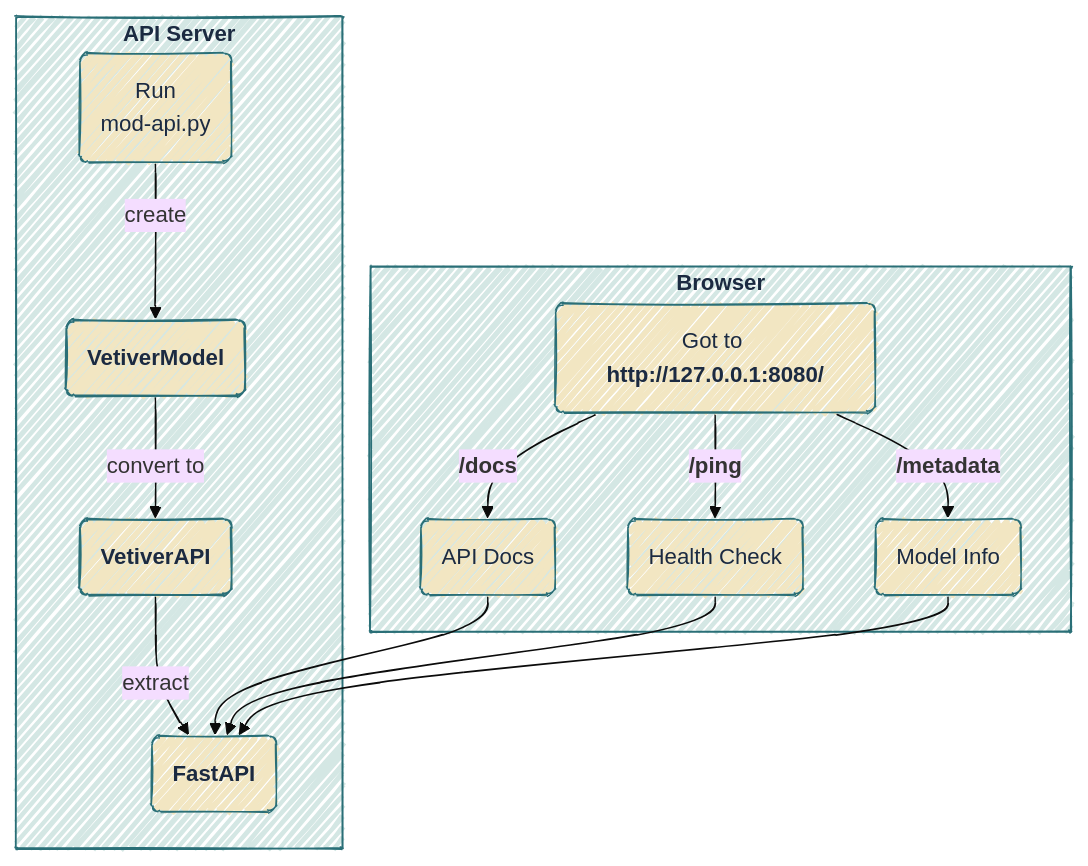
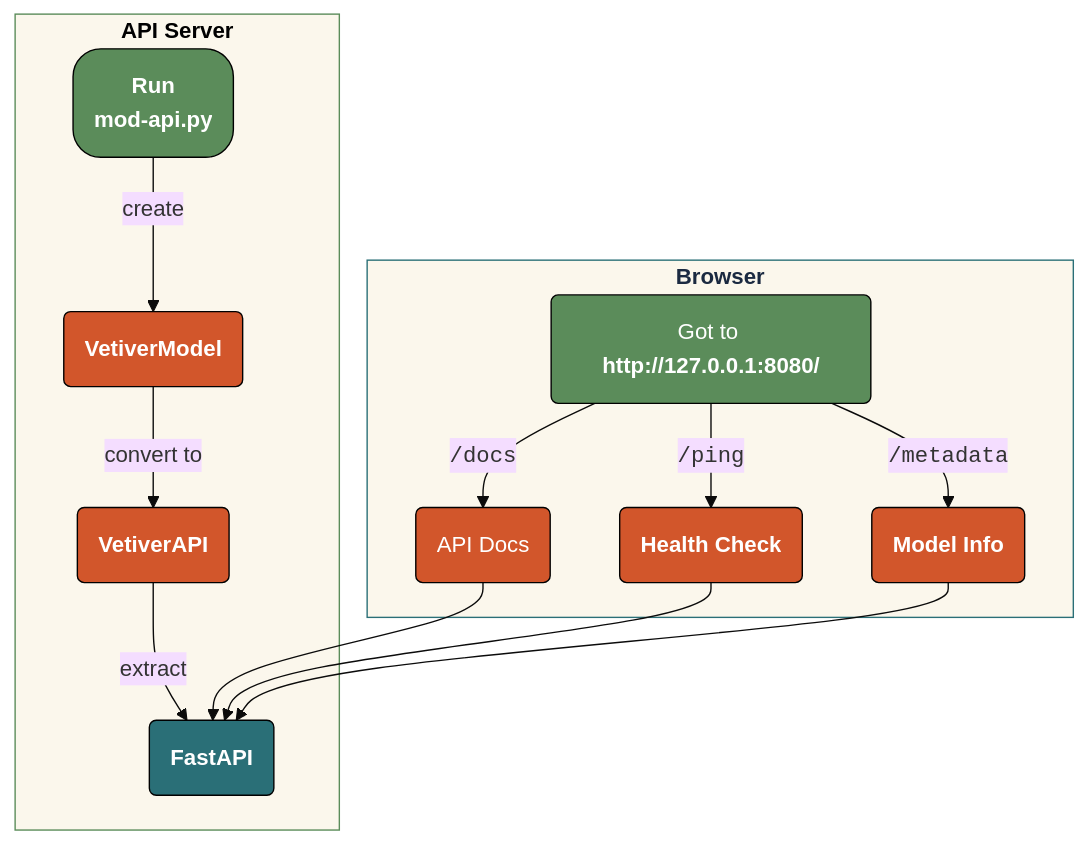
The first of 7 diagrams in py-app-api.qmd (mjfrigaard/do4ds-labs), drawn with Mermaid before and after one commit. The commit also changed other lines of this file and 48 other files, not shown here.

````diff
--- a/py-app-api.qmd
+++ b/py-app-api.qmd
@@ -58,33 +58,35 @@
 ```{mermaid}
 %%| fig-cap: 'Vetiver API creation'
-%%| fig-align: center
-%%{init: {'theme': 'base', 'look': 'handDrawn', 'themeVariables': {'fontFamily': 'monospace'}}}%%
+%%| fig-align: 'center'
+%%{init: {'theme': 'base', 'themeVariables': {'fontFamily': 'monospace'}}}%%
 
 graph TD
     subgraph T1["<strong>API Server</strong>"]
-        RunApi("Run<br>mod-api.py") --"create"--> VetMod("<strong>VetiverModel</strong>")
+        RunApi("<strong>Run<br>mod-api.py</strong>") --"create"--> VetMod("<strong>VetiverModel</strong>")
         VetMod --"convert to"--> VetAPI("<strong>VetiverAPI</strong>")
         VetAPI --"extract"--> FastAPI("<strong>FastAPI</strong>")
     end
     
     style RunApi stroke-width:1px, rx:20, ry:20, font-size:16px
     
    subgraph Browse["<strong>Browser</strong>"]
-        Http("`Got to <strong>http://</strong><strong>127.0.0.1:8080/</strong>`") --"<strong>/docs</strong>"--> Docs("API Docs")
-        Http --"<strong>/ping</strong>"--> Health("Health Check")
-        Http --"<strong>/metadata</strong>"--> Info("Model Info")
+        Http("`Got to <strong>http://</strong><strong>127.0.0.1:8080/</strong>`") --"<code>/docs</code>"--> Docs("API Docs")
+        Http --"<code>/ping</code>"--> Health("<strong>Health Check</strong>")
+        Http --"<code>/metadata</code>"--> Info("<strong>Model Info</strong>")
         Docs & Health & Info --> FastAPI
     end
-
-    style Http stroke-width:1px, rx:20, ry:20, font-size:16px
     
-    style FastAPI stroke-width:1px, rx:20, ry:20, font-size:16px
-    style Docs stroke-width:1px, rx:20, ry:20, font-size:16px
-    style Health stroke-width:1px, rx:20, ry:20, font-size:16px
-    style Info stroke-width:1px, rx:20, ry:20, font-size:16px
-    classDef default fill:#F2E6C2,stroke:#2A6F77,color:#1B2A41
-    style T1 fill:#d4e7e4,stroke:#2A6F77,color:#1B2A41
-    style Browse fill:#d4e7e4,stroke:#2A6F77,color:#1B2A41
+    style T1 fill:#fbf7ec,stroke:#5B8C5A,color:#000000
+    style RunApi fill:#5B8C5A,stroke:#000000,stroke-width:1px,color:#ffffff
+    style VetMod fill:#D2562B,stroke:#000000,stroke-width:1px,color:#ffffff
+    style VetAPI fill:#D2562B,stroke:#000000,stroke-width:1px,color:#ffffff
+    style FastAPI fill:#2A6F77,stroke:#000000,stroke-width:1px,color:#ffffff
 
 
+    style Browse fill:#fbf7ec,stroke:#2A6F77,color:#1B2A41
+    style Http fill:#5B8C5A,stroke:#000000,stroke-width:1px,color:#ffffff
+    style Docs fill:#D2562B,stroke:#000000,stroke-width:1px,color:#ffffff
+    style Health fill:#D2562B,stroke:#000000,stroke-width:1px,color:#ffffff
+    style Info fill:#D2562B,stroke:#000000,stroke-width:1px,color:#ffffff
+
 ```
````
